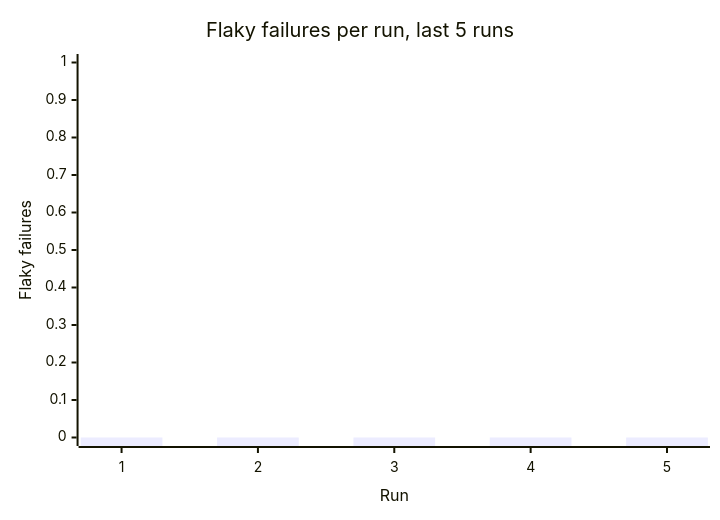
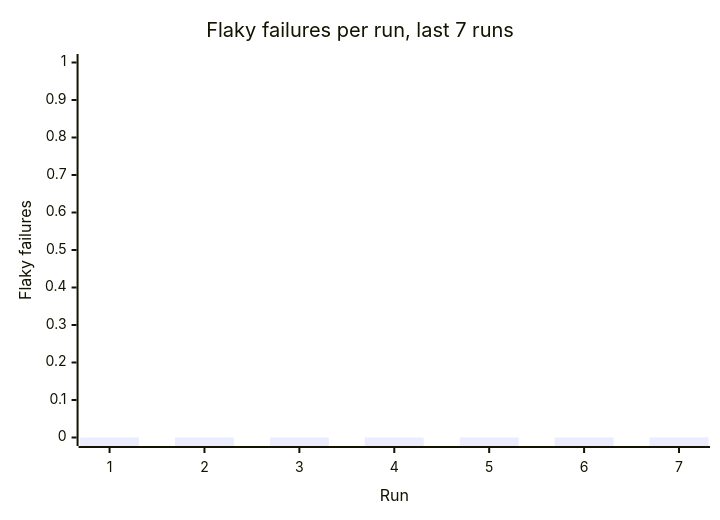
The second of 3 diagrams in reports/summary.md (Shirojoufu/DORA-Metrics), drawn with Mermaid before and after one commit. The commit also changed other lines of this file and 5 other files, not shown here.

````diff
--- a/reports/summary.md
+++ b/reports/summary.md
@@ -25,7 +25,7 @@
 ```mermaid
 xychart-beta
-    title "Flaky failures per run, last 5 runs"
-    x-axis "Run" [1, 2, 3, 4, 5]
+    title "Flaky failures per run, last 7 runs"
+    x-axis "Run" [1, 2, 3, 4, 5, 6, 7]
     y-axis "Flaky failures" 0 --> 1
-    bar [0, 0, 0, 0, 0]
+    bar [0, 0, 0, 0, 0, 0, 0]
 ```
````
